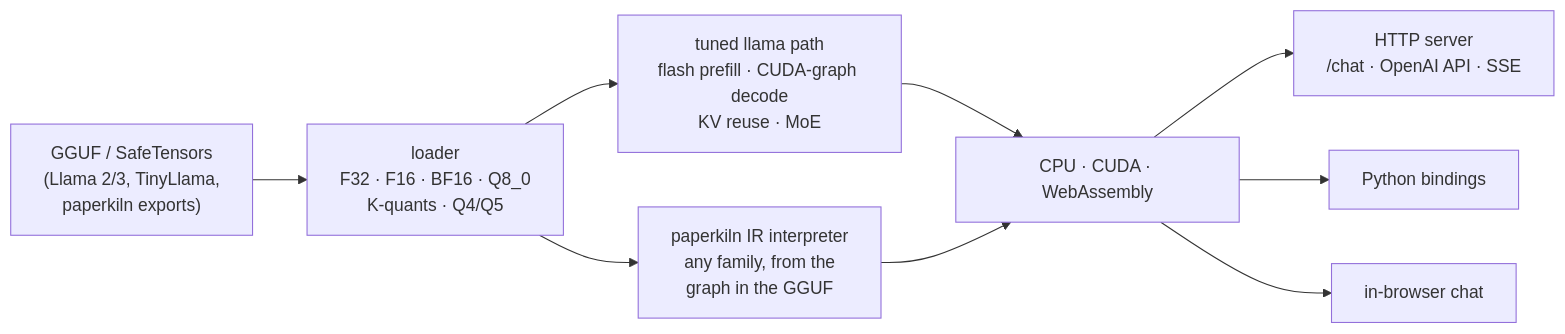
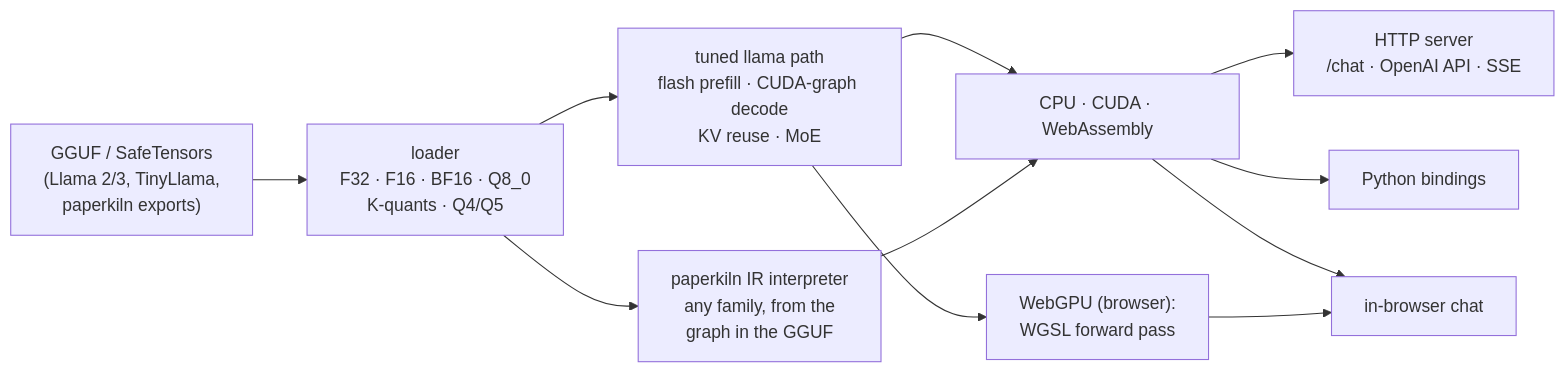
One commit to JohnnyTeutonic/ember.cpp changed the first of 2 diagrams in README.md. Above: the diagram before and after it, drawn with Mermaid. The commit also changed other lines of this file, not shown here.

Commit message:
README: WebGPU in the browser (table column, highlight, quick start), release stages, Landing next (llama3 vocab, new chat models, joint penalty gate), docs site link

````diff
--- a/README.md
+++ b/README.md
@@ -13,11 +14,13 @@
 ```mermaid
 flowchart LR
     A["GGUF / SafeTensors<br/>(Llama 2/3, TinyLlama,<br/>paperkiln exports)"] --> B["loader<br/>F32 · F16 · BF16 · Q8_0<br/>K-quants · Q4/Q5"]
     B --> C["tuned llama path<br/>flash prefill · CUDA-graph decode<br/>KV reuse · MoE"]
     B --> D["paperkiln IR interpreter<br/>any family, from the<br/>graph in the GGUF"]
     C --> E["CPU · CUDA · WebAssembly"]
     D --> E
+    C --> W["WebGPU (browser):<br/>WGSL forward pass"]
     E --> F["HTTP server<br/>/chat · OpenAI API · SSE"]
     E --> G["Python bindings"]
     E --> H["in-browser chat"]
+    W --> H
 ```
````
